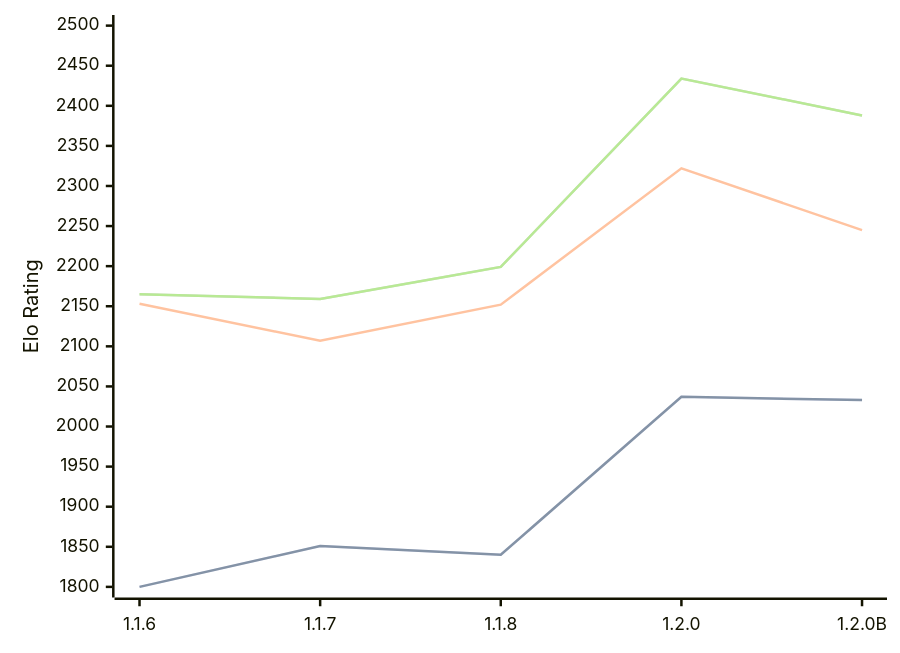
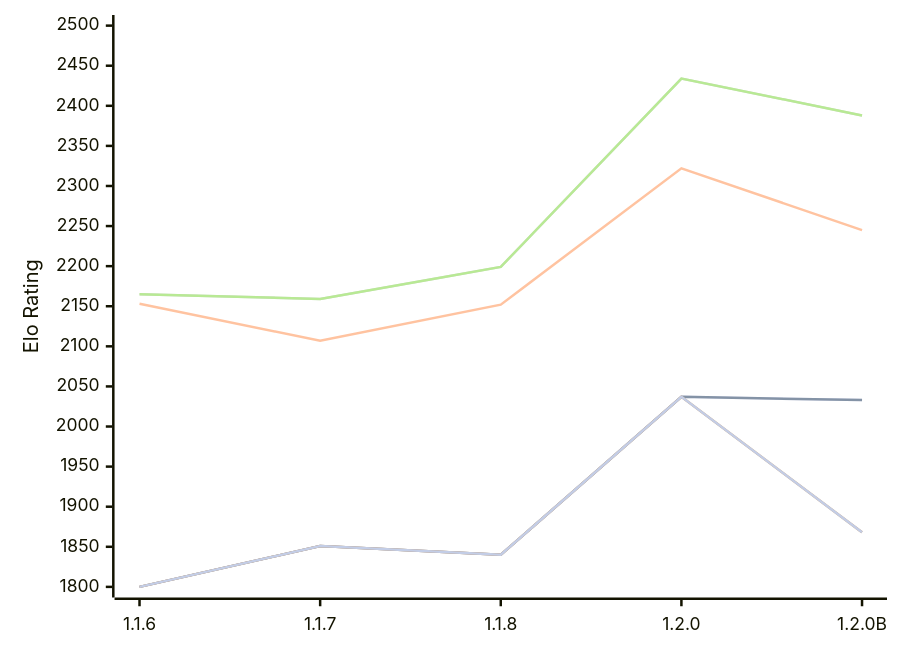
The diagram in engines/Soomi.md (computer-chess-index/cci), drawn with Mermaid before and after one commit. The commit also changed other lines of this file, not shown here.

Commit message:
Update CCI Ratings (ELO VLTC) - 2026-10-11

````diff
--- a/engines/Soomi.md
+++ b/engines/Soomi.md
@@ -51,16 +51,13 @@
 ```mermaid
 %%{init: {"theme":"base","themeVariables":{"seriesColors:['#a3a3a3','#222221','#faa371']}}}%%
 xychart-beta
   x-axis ["1.1.6", "1.1.7", "1.1.8", "1.2.0", "1.2.0B"]
   y-axis "Elo Rating" 1800 --> 2500
   line "" [1800, 1851, 1840, 2037, 2033]
   line "T1: STC (8.0+0.08s)" [1800, 1851, 1840, 2037, 2033]
   line "T1: LTC (60.0+0.60s)" [2153, 2107, 2152, 2322, 2245]
   line "" [2165, 2159, 2199, 2434, 2388]
   line "T1: VLTC (2m24s+1.12s)" [2165, 2159, 2199, 2434, 2388]
-  line "" [1866]
-  line "E1: STC (8.0+0.08s)" [1866]
-  line "E1: LTC (60.0+0.60s)" [2134]
-  line "" [2230]
-  line "E1: VLTC (2m24s+1.12s)" [2230]
+  line "" [1800, 1851, 1840, 2037,1868]
+  line "E1: STC (8.0+0.08s)" [1800, 1851, 1840, 2037,1868]
 ```
````
